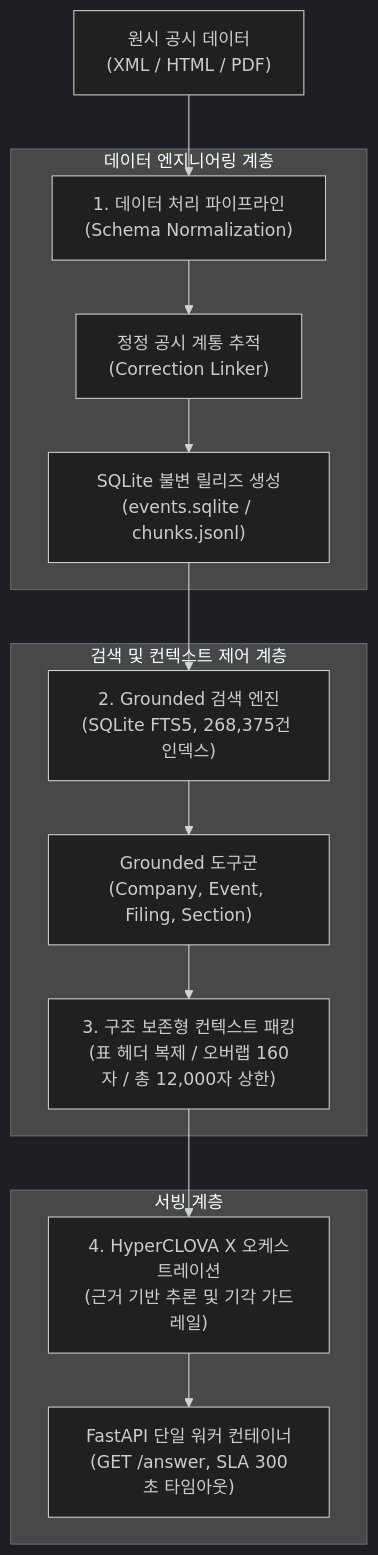
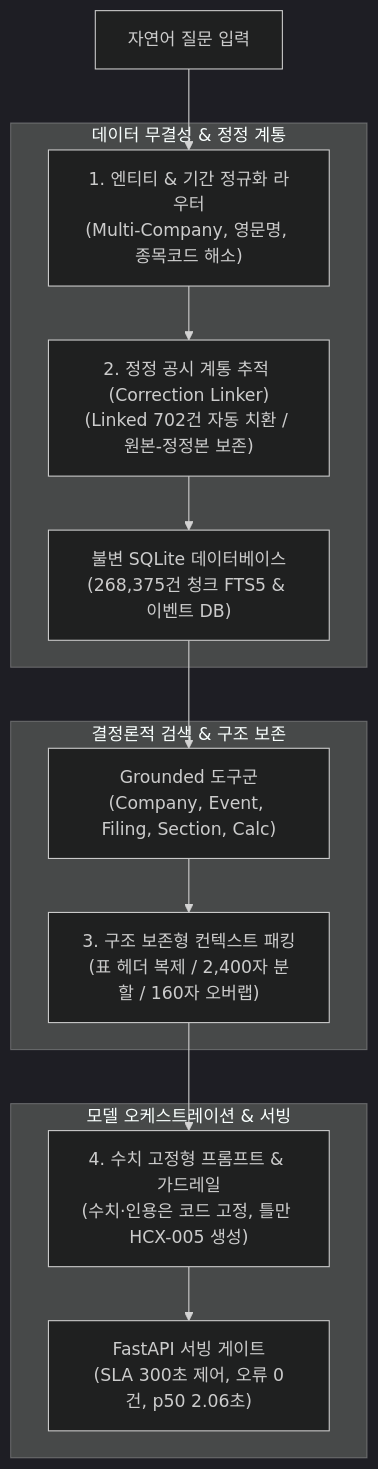
One commit to todayoneul/HCX05-disclosure-agent changed the diagram in README.md. Above: the diagram before and after it, drawn with Mermaid (dark theme). The commit also changed other lines of this file, not shown here.

````diff
--- a/README.md
+++ b/README.md
@@ -25,31 +136,26 @@
 ```mermaid
 flowchart TD
-    Raw["원시 공시 데이터
-(XML / HTML / PDF)"] --> Pipe["1. 데이터 처리 파이프라인
-(Schema Normalization)"]
+    Q["자연어 질문 입력"] --> Router["1. 엔티티 & 기간 정규화 라우터
+(Multi-Company, 영문명, 종목코드 해소)"]
     
-    subgraph DataPipe ["데이터 엔지니어링 계층"]
-        Pipe --> CorLink["정정 공시 계통 추적
-(Correction Linker)"]
-        CorLink --> SQLiteOut["SQLite 불변 릴리즈 생성
-(events.sqlite / chunks.jsonl)"]
+    subgraph DataEngineering ["데이터 무결성 & 정정 계통"]
+        Router --> Linker["2. 정정 공시 계통 추적 (Correction Linker)
+(Linked 702건 자동 치환 / 원본-정정본 보존)"]
+        Linker --> Store["불변 SQLite 데이터베이스
+(268,375건 청크 FTS5 & 이벤트 DB)"]
     end
 
-    SQLiteOut --> RetEng["2. Grounded 검색 엔진
-(SQLite FTS5, 268,375건 인덱스)"]
-    
-    subgraph SearchLayer ["검색 및 컨텍스트 제어 계층"]
-        RetEng --> Tools["Grounded 도구군
-(Company, Event, Filing, Section)"]
-        Tools --> CtxPack["3. 구조 보존형 컨텍스트 패킹
-(표 헤더 복제 / 오버랩 160자 / 총 12,000자 상한)"]
+    subgraph GroundedSearch ["결정론적 검색 & 구조 보존"]
+        Store --> Tools["Grounded 도구군
+(Company, Event, Filing, Section, Calc)"]
+        Tools --> Packer["3. 구조 보존형 컨텍스트 패킹
+(표 헤더 복제 / 2,400자 분할 / 160자 오버랩)"]
     end
 
-    CtxPack --> HCX["4. HyperCLOVA X 오케스트레이션
-(근거 기반 추론 및 기각 가드레일)"]
-    
-    subgraph ServingLayer ["서빙 계층"]
-        HCX --> FastAPIGate["FastAPI 단일 워커 컨테이너
-(GET /answer, SLA 300초 타임아웃)"]
+    subgraph Orchestration ["모델 오케스트레이션 & 서빙"]
+        Packer --> PromptGate["4. 수치 고정형 프롬프트 & 가드레일
+(수치·인용은 코드 고정, 틀만 HCX-005 생성)"]
+        PromptGate --> FastAPI["FastAPI 서빙 게이트
+(SLA 300초 제어, 오류 0건, p50 2.06초)"]
     end
 ```
````
